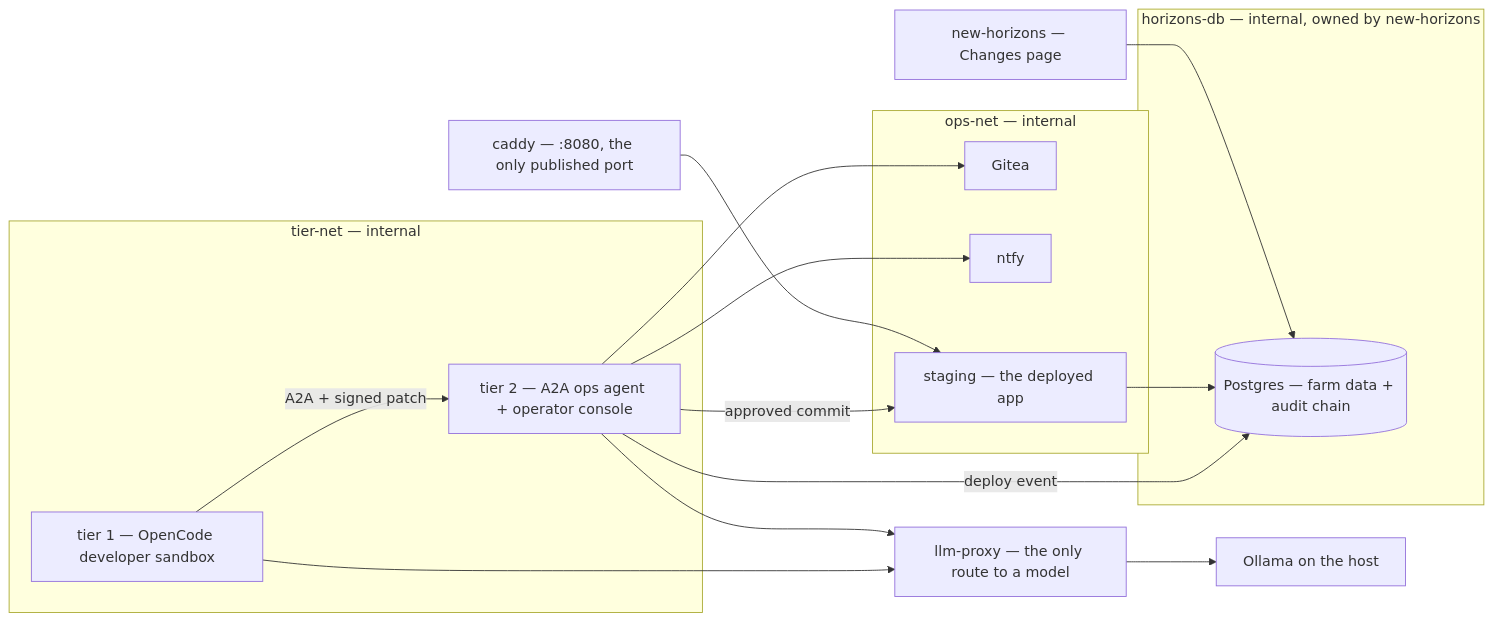
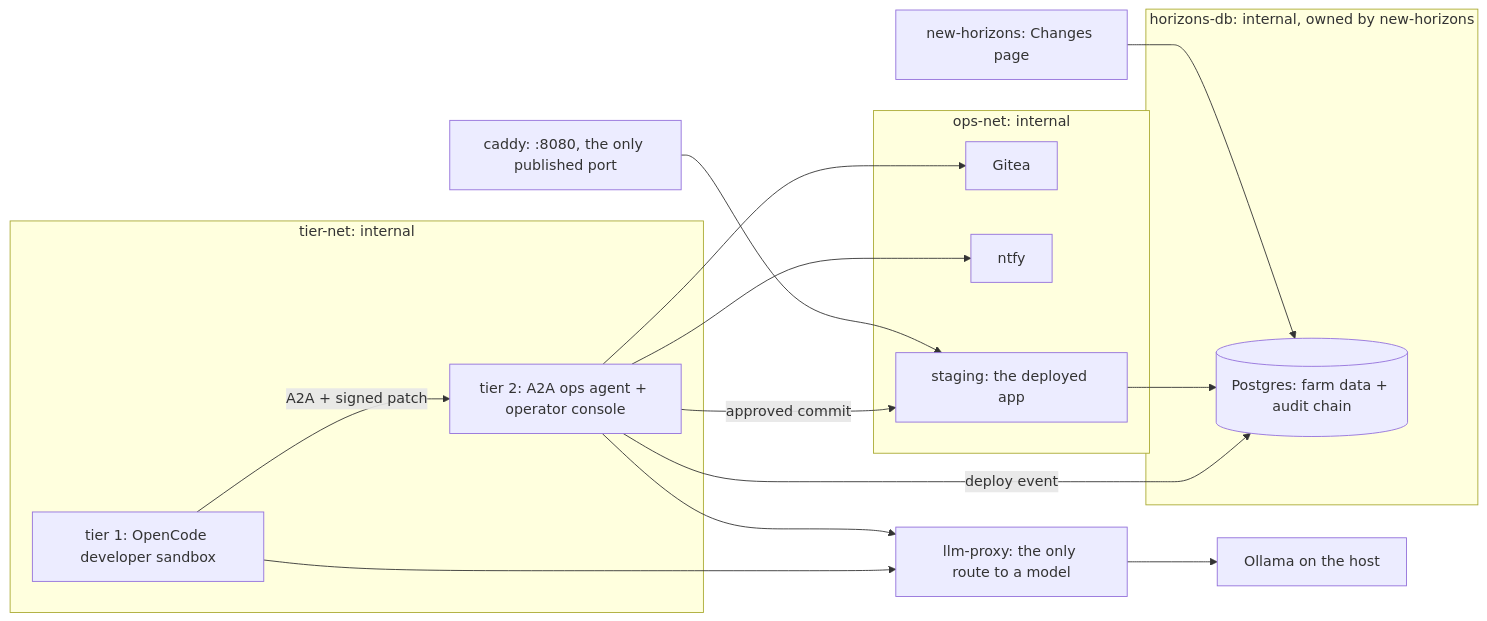
The diagram in README.md (Omisoman/sojourner), drawn with Mermaid before and after one commit. The commit also changed other lines of this file and 59 other files, not shown here.

````diff
--- a/README.md
+++ b/README.md
@@ -41,30 +39,30 @@
 ```mermaid
 flowchart LR
-  subgraph tiernet["tier-net — internal"]
-    T1["tier 1 — OpenCode developer sandbox"]
-    T2["tier 2 — A2A ops agent + operator console"]
+  subgraph tiernet["tier-net: internal"]
+    T1["tier 1: OpenCode developer sandbox"]
+    T2["tier 2: A2A ops agent + operator console"]
   end
-  subgraph opsnet["ops-net — internal"]
+  subgraph opsnet["ops-net: internal"]
     GIT[Gitea]
     NTFY[ntfy]
-    STG["staging — the deployed app"]
+    STG["staging: the deployed app"]
   end
-  subgraph horizonsdb["horizons-db — internal, owned by new-horizons"]
-    PG[("Postgres — farm data + audit chain")]
+  subgraph horizonsdb["horizons-db: internal, owned by new-horizons"]
+    PG[("Postgres: farm data + audit chain")]
   end
-  PROXY["llm-proxy — the only route to a model"]
-  CADDY["caddy — :8080, the only published port"]
+  PROXY["llm-proxy: the only route to a model"]
+  CADDY["caddy: :8080, the only published port"]
   OLLAMA["Ollama on the host"]
-  APP["new-horizons — Changes page"]
+  APP["new-horizons: Changes page"]
   T1 -- "A2A + signed patch" --> T2
   T2 --> GIT
   T2 --> NTFY
   T2 -- "approved commit" --> STG
   T2 -- "deploy event" --> PG
   STG --> PG
   T1 --> PROXY
   T2 --> PROXY
   PROXY --> OLLAMA
   CADDY --> STG
   APP --> PG
 ```
````
